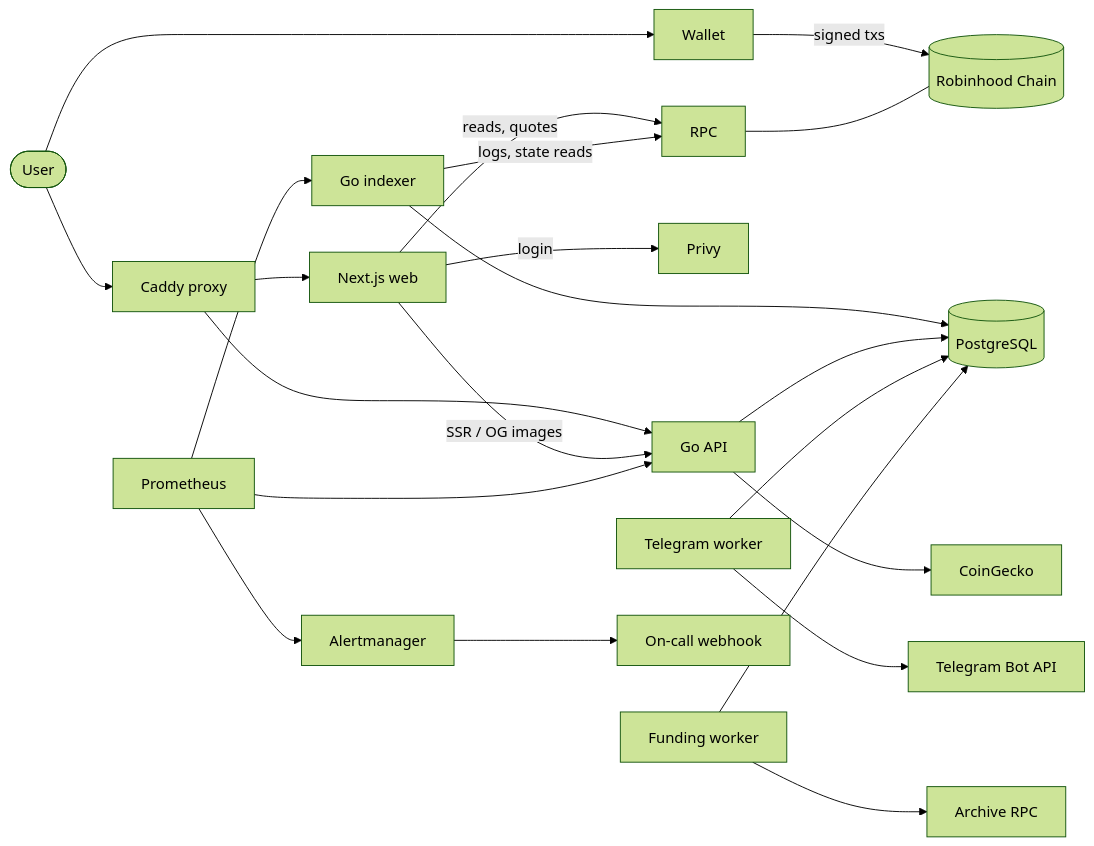
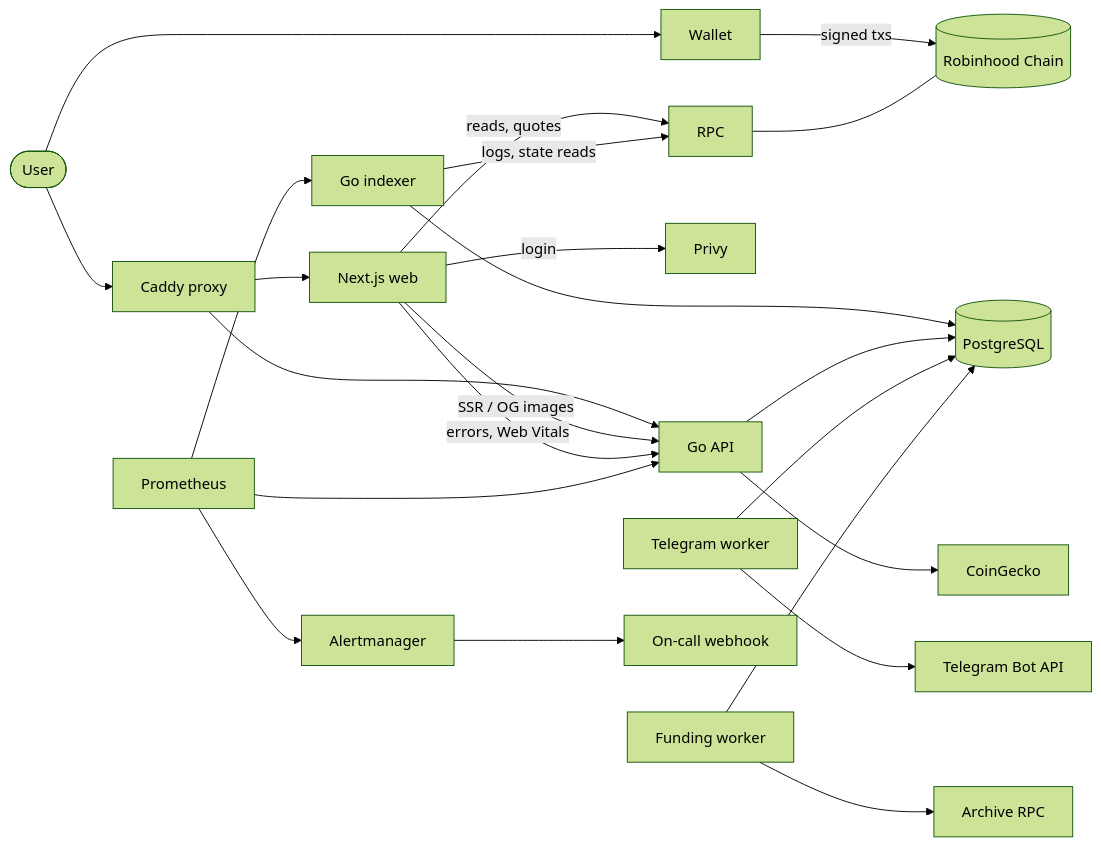
Before and after one commit to oplosy/launchtap: the diagram in docs/architecture.md, drawn with Mermaid (forest theme). The commit also changed other lines of this file and 24 other files, not shown here.

Commit message:
feat: add first-party client error and Web Vitals telemetry

````diff
--- a/docs/architecture.md
+++ b/docs/architecture.md
@@ -13,23 +13,24 @@
 ```mermaid
 flowchart LR
   user([User]) --> wallet[Wallet]
   user --> proxy[Caddy proxy]
   proxy --> web[Next.js web]
   proxy --> api[Go API]
   web -- SSR / OG images --> api
   web -- login --> privy[Privy]
+  web -- errors, Web Vitals --> api
   wallet -- signed txs --> chain[(Robinhood Chain)]
   web -- reads, quotes --> rpc[RPC]
   rpc --- chain
   indexer[Go indexer] -- logs, state reads --> rpc
   indexer --> pg[(PostgreSQL)]
   api --> pg
   telegram[Telegram worker] --> pg
   telegram --> tg[Telegram Bot API]
   funding[Funding worker] --> pg
   funding --> archive[Archive RPC]
   api --> coingecko[CoinGecko]
   prometheus[Prometheus] --> api
   prometheus --> indexer
   prometheus --> alertmanager[Alertmanager] --> oncall[On-call webhook]
 ```
````
